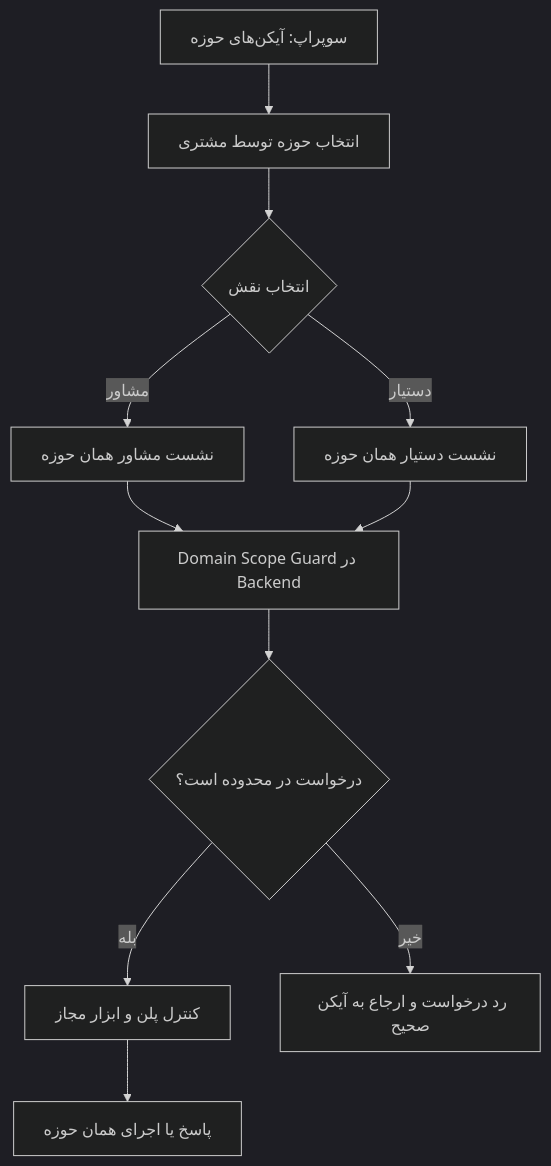
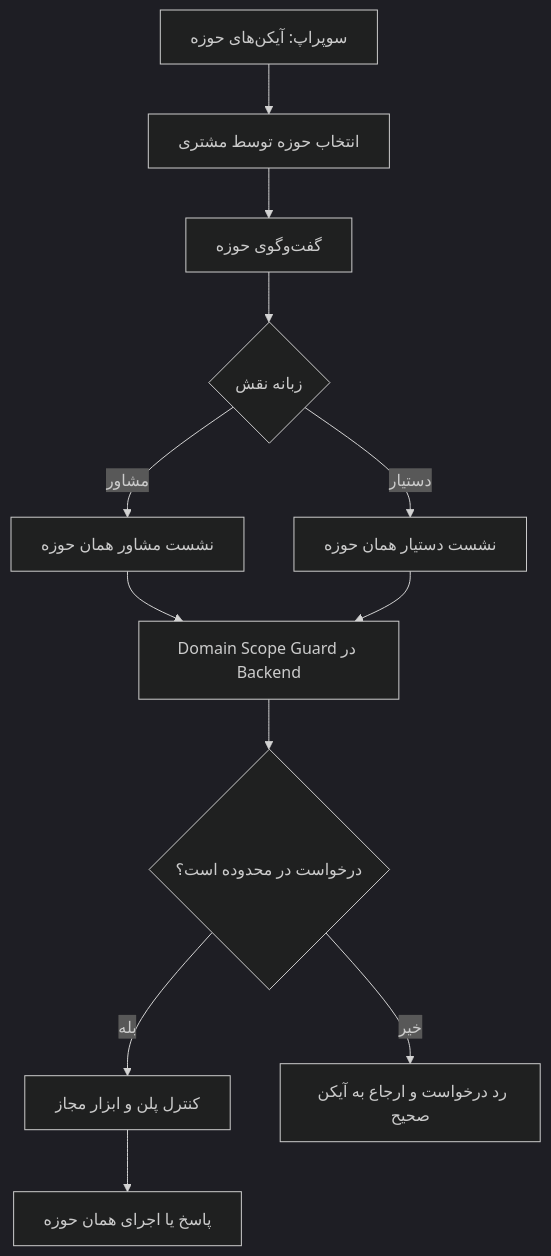
One commit to Brotherlouiee/shahab-demo changed diagram 14 of 26 in docs/SHAHAB_PHASE_2_DEVELOPMENT_BLUEPRINT.md. Above: the diagram before and after it, drawn with Mermaid (dark theme). The commit also changed other lines of this file, not shown here.

````diff
--- a/docs/SHAHAB_PHASE_2_DEVELOPMENT_BLUEPRINT.md
+++ b/docs/SHAHAB_PHASE_2_DEVELOPMENT_BLUEPRINT.md
@@ -1387,13 +1389,13 @@
 ```mermaid
 flowchart TD
     HOME["سوپراپ: آیکن‌های حوزه"] --> DOMAIN["انتخاب حوزه توسط مشتری"]
-    DOMAIN --> MODE{"انتخاب نقش"}
+    DOMAIN --> CHAT["گفت‌وگوی حوزه"] --> MODE{"زبانه نقش"}
     MODE -->|مشاور| A["نشست مشاور همان حوزه"]
     MODE -->|دستیار| B["نشست دستیار همان حوزه"]
     A --> GUARD["Domain Scope Guard در Backend"]
     B --> GUARD
     GUARD --> CHECK{"درخواست در محدوده است؟"}
     CHECK -->|بله| ENT["کنترل پلن و ابزار مجاز"]
     CHECK -->|خیر| REF["رد درخواست و ارجاع به آیکن صحیح"]
     ENT --> EXEC["پاسخ یا اجرای همان حوزه"]
 ```
````
